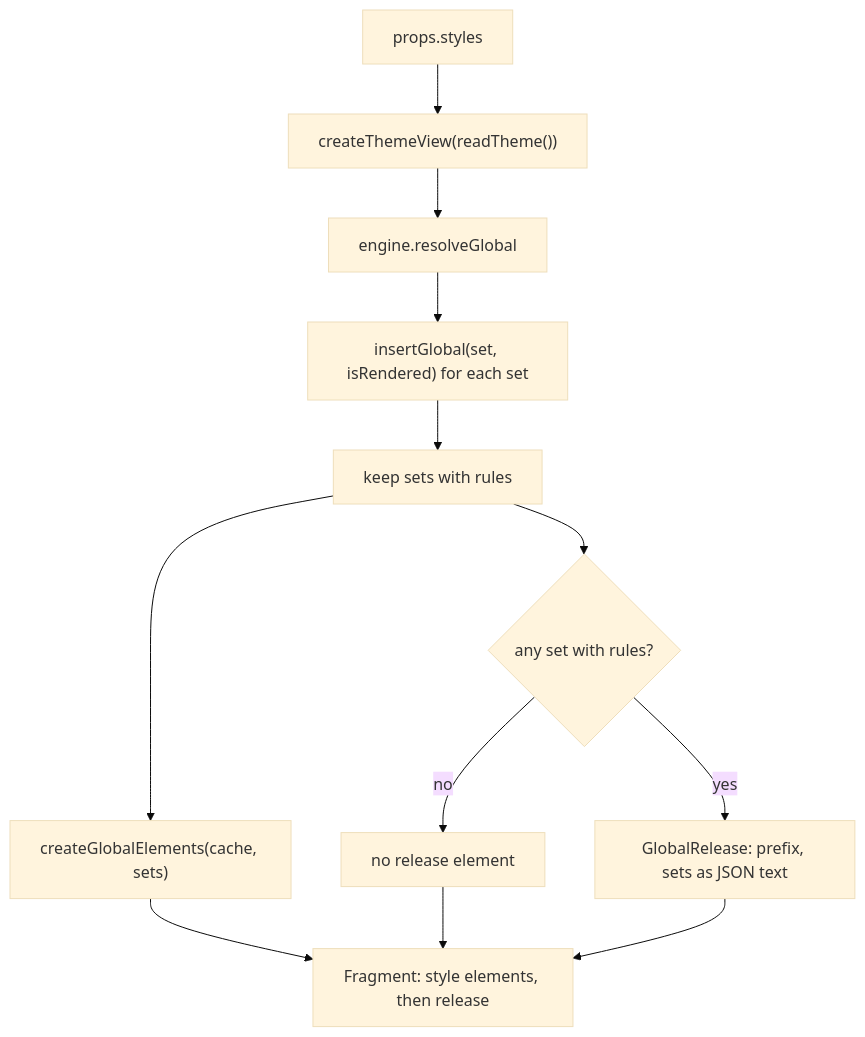
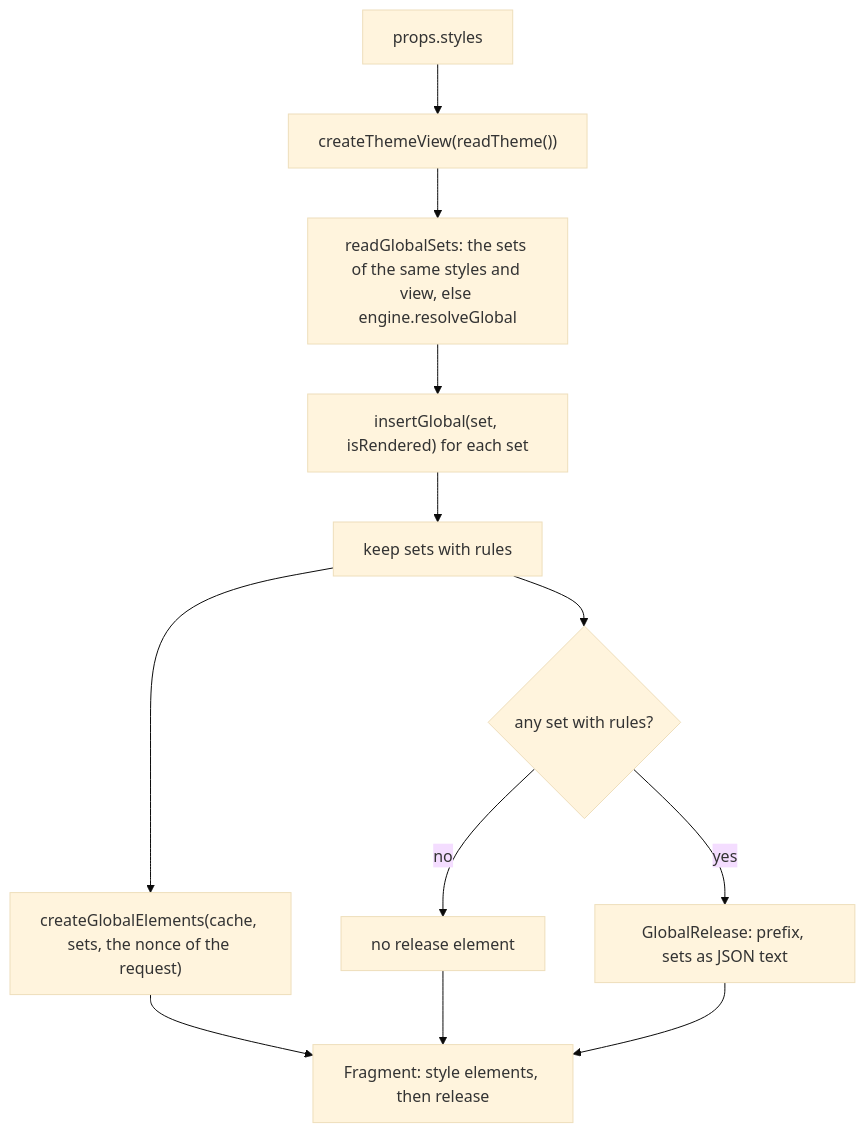
The diagram in packages/react/src/Global.server.md (soroush-tech/umber-style), drawn with Mermaid (base theme) before and after one commit. The commit also changed other lines of this file and 124 other files, not shown here.

Commit message:
feat: a theme is recognised by its contents, server components take a nonce for each request, class names are read and written whole, three development checks, and the benchmark tools at soroush-bench 2.3.0 and bench-action 1.2.0 - close #61, close #62, close #63, close #64, close #65

````diff
--- a/packages/react/src/Global.server.md
+++ b/packages/react/src/Global.server.md
@@ -20,14 +20,14 @@
 ```mermaid
 flowchart TD
   styles["props.styles"] --> view["createThemeView(readTheme())"]
-  view --> resolve["engine.resolveGlobal"]
+  view --> resolve["readGlobalSets: the sets of the same styles and view, else engine.resolveGlobal"]
   resolve --> each["insertGlobal(set, isRendered) for each set"]
   each --> filter["keep sets with rules"]
   filter --> any{"any set with rules?"}
   any -->|no| noRelease["no release element"]
   any -->|yes| release["GlobalRelease: prefix, sets as JSON text"]
-  filter --> els["createGlobalElements(cache, sets)"]
+  filter --> els["createGlobalElements(cache, sets, the nonce of the request)"]
   els --> frag["Fragment: style elements, then release"]
   noRelease --> frag
   release --> frag
 ```
````
